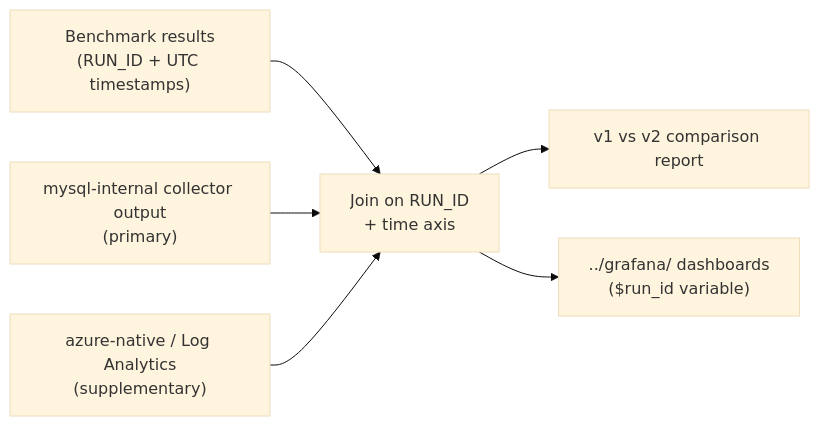
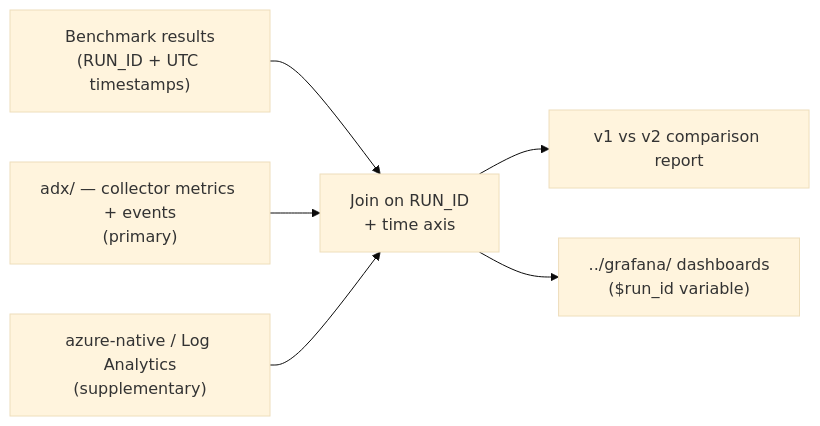
The diagram in benchmark-integration/README.md (DalBamS/azure-mysql-monitoring), drawn with Mermaid (base theme) before and after one commit. The commit also changed other lines of this file and 19 other files, not shown here.

````diff
--- a/benchmark-integration/README.md
+++ b/benchmark-integration/README.md
@@ -13,8 +13,8 @@
 ```mermaid
 flowchart LR
     BM["Benchmark results<br/>(RUN_ID + UTC timestamps)"] --> J["Join on RUN_ID<br/>+ time axis"]
-    COL["mysql-internal collector output<br/>(primary)"] --> J
+    ADX["adx/ — collector metrics + events<br/>(primary)"] --> J
     LAW["azure-native / Log Analytics<br/>(supplementary)"] --> J
     J --> R["v1 vs v2 comparison report"]
     J --> G["../grafana/ dashboards<br/>($run_id variable)"]
 ```
````
